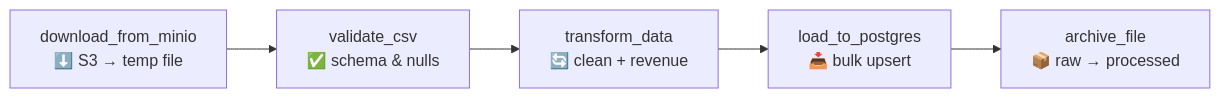
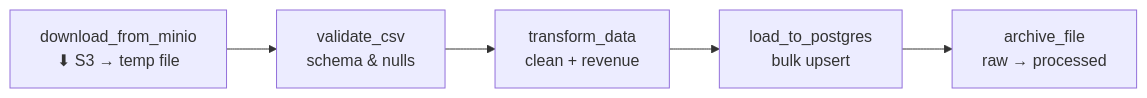
Before and after one commit to DE-E-K/DEM12: the second of 3 diagrams in docs/architecture.md, drawn with Mermaid. The commit also changed other lines of this file and 16 other files, not shown here.

````diff
--- a/docs/architecture.md
+++ b/docs/architecture.md
@@ -36,10 +36,10 @@
 ```mermaid
 flowchart LR
-    D["download_from_minio\n⬇️ S3 → temp file"]
-    V["validate_csv\n✅ schema & nulls"]
-    T["transform_data\n🔄 clean + revenue"]
-    L["load_to_postgres\n📥 bulk upsert"]
-    A["archive_file\n📦 raw → processed"]
+    D["download_from_minio\n⬇ S3 → temp file"]
+    V["validate_csv\n schema & nulls"]
+    T["transform_data\n clean + revenue"]
+    L["load_to_postgres\n bulk upsert"]
+    A["archive_file\n raw → processed"]
 
     D --> V --> T --> L --> A
 ```
````
